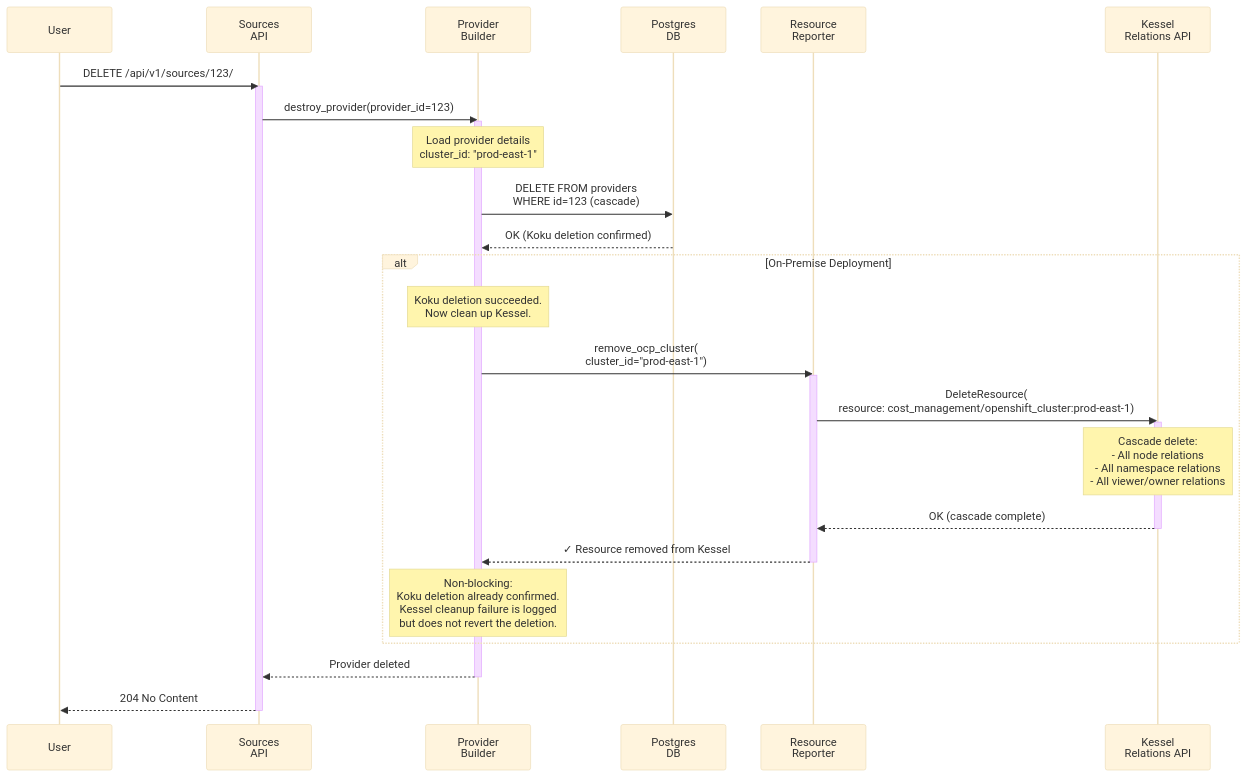
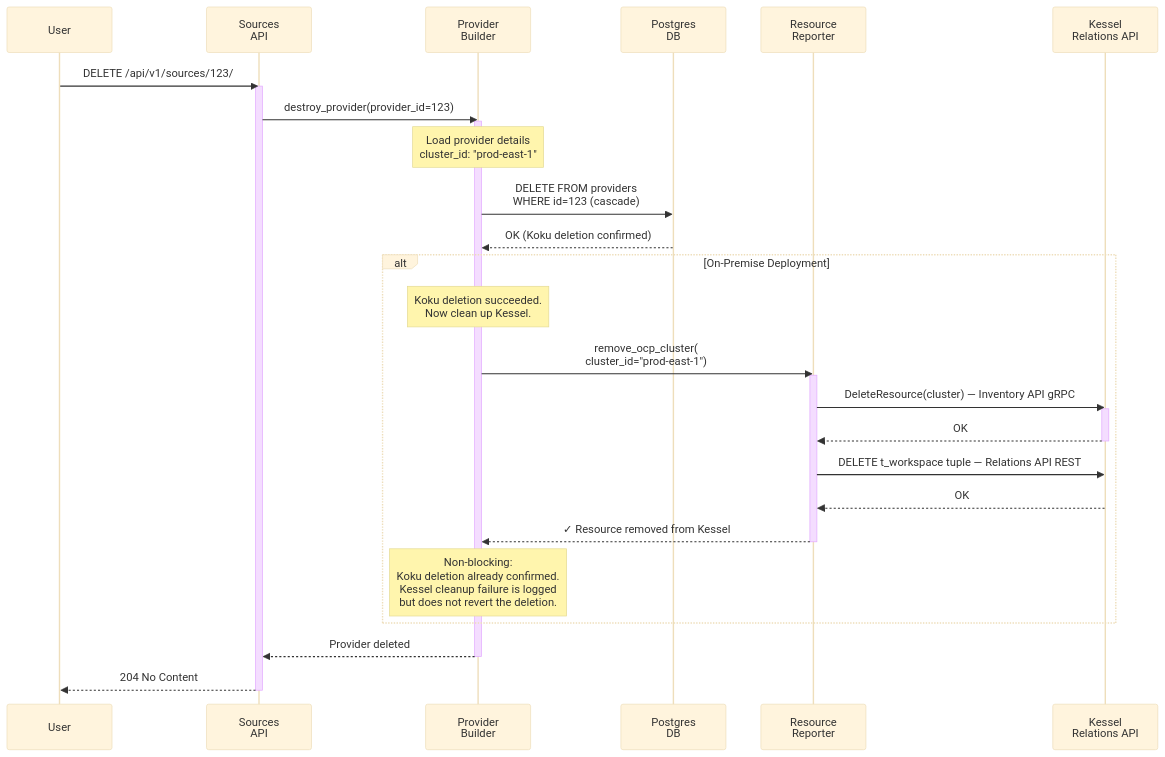
Before and after one commit to project-koku/koku: the sixth of 12 diagrams in docs/architecture/kessel-integration/kessel-ocp-integration.md, drawn with Mermaid (base theme). The commit also changed other lines of this file and 1 other file, not shown here.

````diff
--- a/docs/architecture/kessel-integration/kessel-ocp-integration.md
+++ b/docs/architecture/kessel-integration/kessel-ocp-integration.md
@@ -440,46 +436,46 @@
 ```mermaid
 sequenceDiagram
     participant User
     participant API as Sources<br/>API
     participant Builder as Provider<br/>Builder
     participant Postgres as Postgres<br/>DB
     participant Reporter as Resource<br/>Reporter
     participant Kessel as Kessel<br/>Relations API
     
     User->>API: DELETE /api/v1/sources/123/
     activate API
     
     API->>Builder: destroy_provider(provider_id=123)
     activate Builder
     
     Note over Builder: Load provider details<br/>cluster_id: "prod-east-1"
     
     Builder->>Postgres: DELETE FROM providers<br/>WHERE id=123 (cascade)
     Postgres-->>Builder: OK (Koku deletion confirmed)
     
     alt On-Premise Deployment
         Note over Builder: Koku deletion succeeded.<br/>Now clean up Kessel.
         
         Builder->>Reporter: remove_ocp_cluster(<br/>cluster_id="prod-east-1")
         activate Reporter
         
-        Reporter->>Kessel: DeleteResource(<br/>resource: cost_management/openshift_cluster:prod-east-1)
+        Reporter->>Kessel: DeleteResource(cluster) — Inventory API gRPC
         activate Kessel
+        Kessel-->>Reporter: OK
+        deactivate Kessel
         
-        Note over Kessel: Cascade delete:<br/>- All node relations<br/>- All namespace relations<br/>- All viewer/owner relations
-        
-        Kessel-->>Reporter: OK (cascade complete)
-        deactivate Kessel
+        Reporter->>Kessel: DELETE t_workspace tuple — Relations API REST
+        Kessel-->>Reporter: OK
         
         Reporter-->>Builder: ✓ Resource removed from Kessel
         deactivate Reporter
         
         Note over Builder: Non-blocking:<br/>Koku deletion already confirmed.<br/>Kessel cleanup failure is logged<br/>but does not revert the deletion.
     end
     
     Builder-->>API: Provider deleted
     deactivate Builder
     
     API-->>User: 204 No Content
     deactivate API
 ```
````
